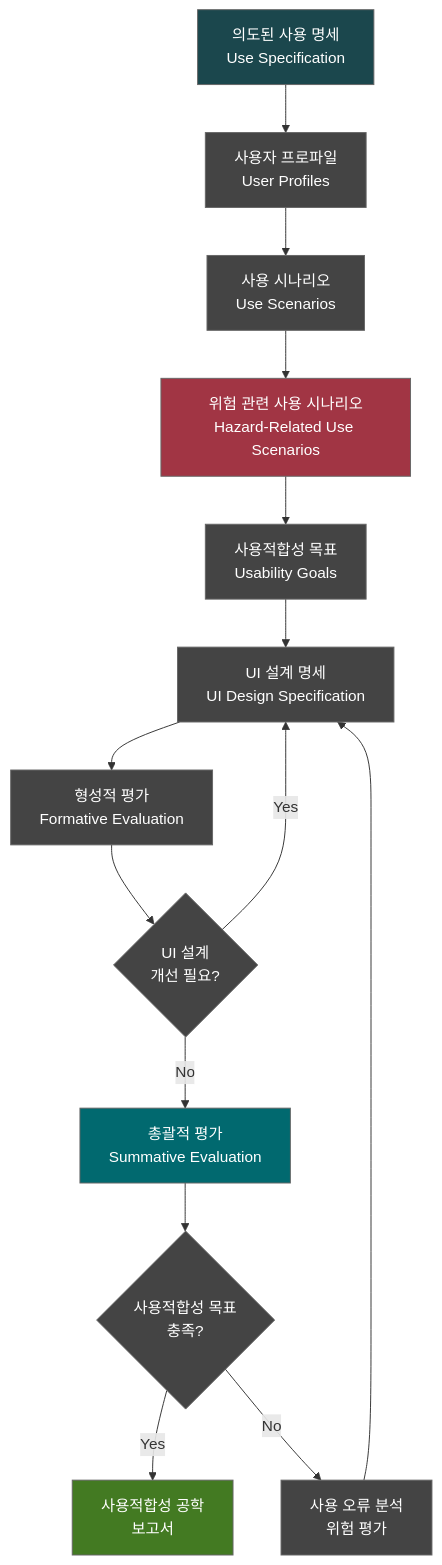
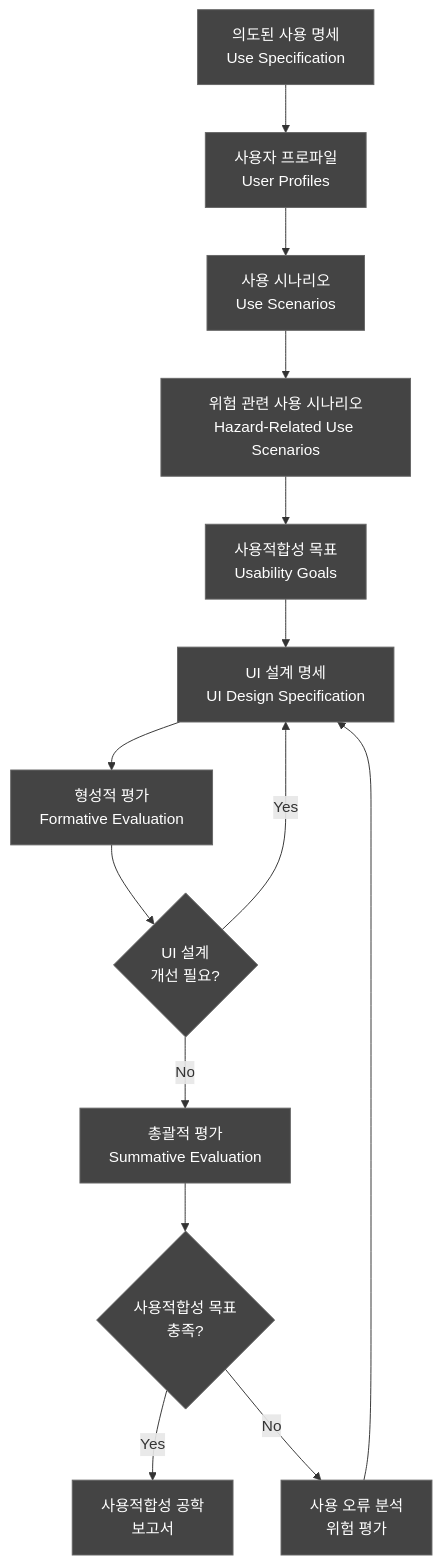
Before and after one commit to holee9/console-gui: the first of 8 diagrams in docs/testing/DOC-021_UsabilityFile_v1.0.md, drawn with Mermaid. The commit also changed other lines of this file and 35 other files, not shown here.

First line of the commit message:
fix: 전체 Mermaid 차트 색상 진한 회색 통일

````diff
--- a/docs/testing/DOC-021_UsabilityFile_v1.0.md
+++ b/docs/testing/DOC-021_UsabilityFile_v1.0.md
@@ -85,22 +85,22 @@
 ```mermaid
 flowchart TD
     classDef default fill:#444,stroke:#666,color:#fff
     A[의도된 사용 명세<br/>Use Specification] --> B[사용자 프로파일<br/>User Profiles]
     B --> C[사용 시나리오<br/>Use Scenarios]
     C --> D[위험 관련 사용 시나리오<br/>Hazard-Related Use Scenarios]
     D --> E[사용적합성 목표<br/>Usability Goals]
     E --> F[UI 설계 명세<br/>UI Design Specification]
     F --> G[형성적 평가<br/>Formative Evaluation]
     G --> H{UI 설계<br/>개선 필요?}
     H -->|Yes| F
     H -->|No| I[총괄적 평가<br/>Summative Evaluation]
     I --> J{사용적합성 목표<br/>충족?}
     J -->|Yes| K[사용적합성 공학<br/>보고서]
     J -->|No| L[사용 오류 분석<br/>위험 평가]
     L --> F
     
-    style A fill:#1B474D,color:#fff
-    style D fill:#A13544,color:#fff
-    style I fill:#01696F,color:#fff
-    style K fill:#437A22,color:#fff
+    style A fill:#444,color:#fff
+    style D fill:#444,color:#fff
+    style I fill:#444,color:#fff
+    style K fill:#444,color:#fff
 ```
````
